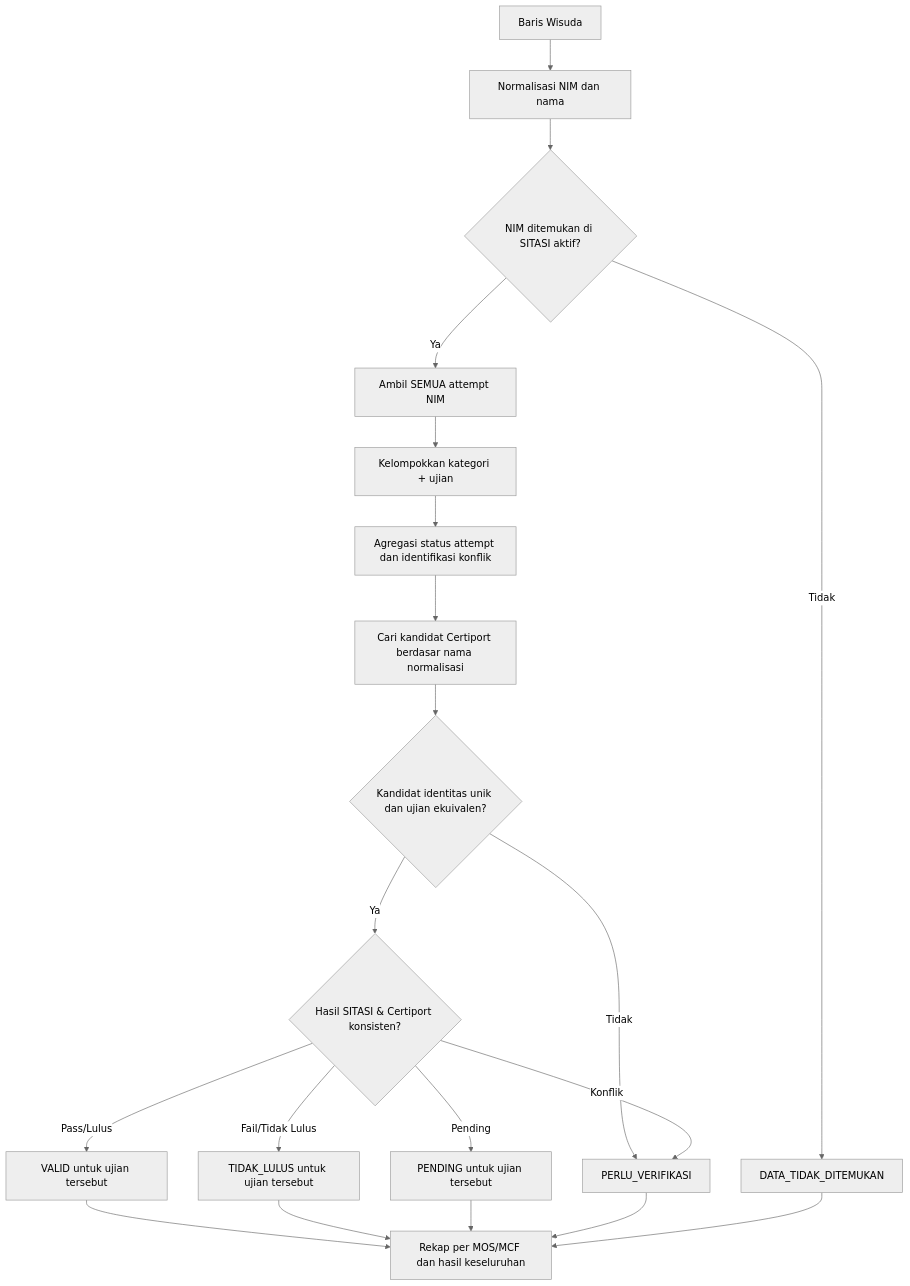
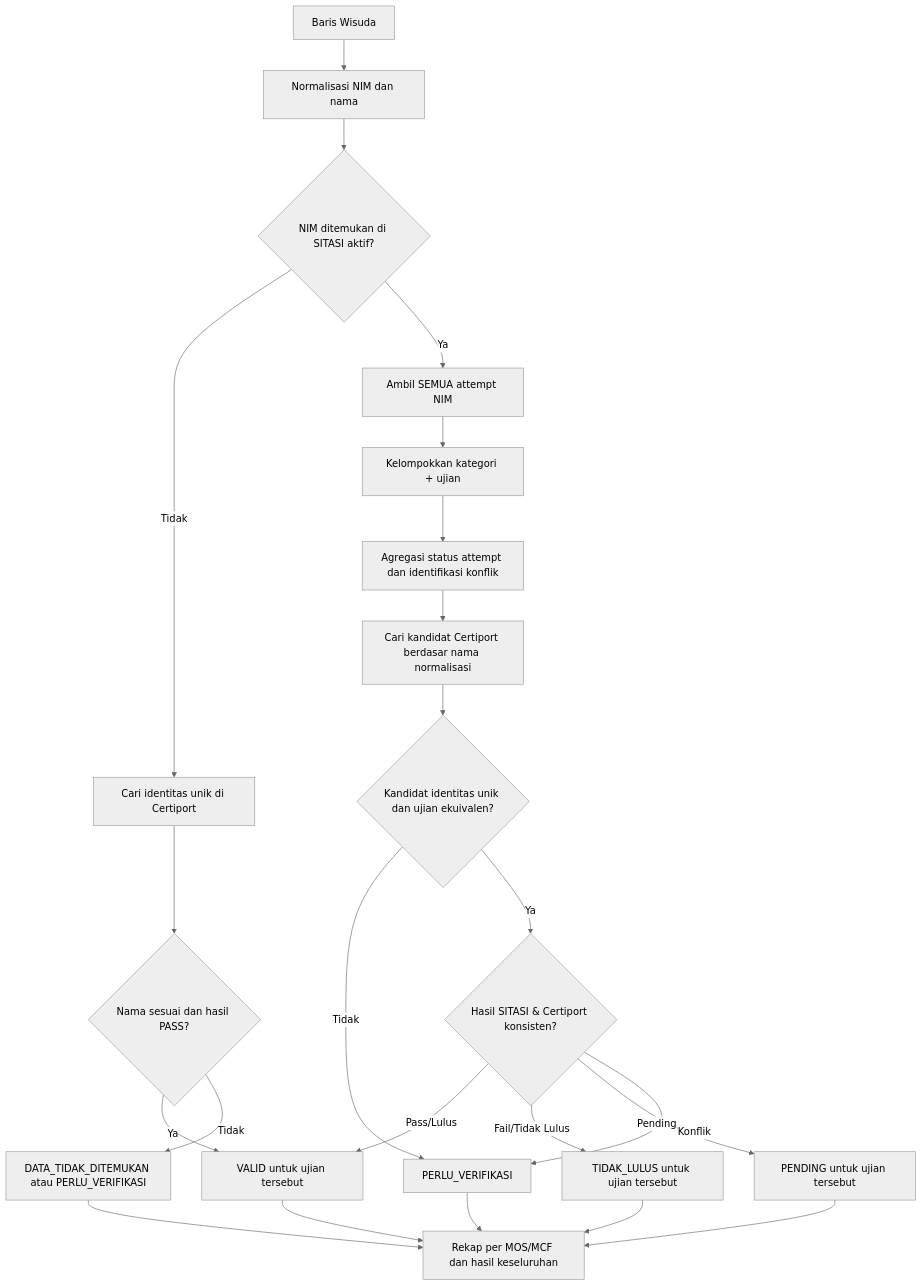
One commit to davidgbrils/wisudasync changed the diagram in docs/06_BUSINESS_RULES.md. Above: the diagram before and after it, drawn with Mermaid (neutral theme). The commit also changed other lines of this file and 520 other files, not shown here.

````diff
--- a/docs/06_BUSINESS_RULES.md
+++ b/docs/06_BUSINESS_RULES.md
@@ -13,22 +13,25 @@
 ```mermaid
 flowchart TD
   A[Baris Wisuda] --> B[Normalisasi NIM dan nama]
   B --> C{NIM ditemukan di SITASI aktif?}
-  C -- Tidak --> NF[DATA_TIDAK_DITEMUKAN]
+  C -- Tidak --> X[Cari identitas unik di Certiport]
+  X --> Y{Nama sesuai dan hasil PASS?}
+  Y -- Ya --> V
+  Y -- Tidak --> NF[DATA_TIDAK_DITEMUKAN atau PERLU_VERIFIKASI]
   C -- Ya --> D[Ambil SEMUA attempt NIM]
   D --> E[Kelompokkan kategori + ujian]
   E --> F[Agregasi status attempt dan identifikasi konflik]
   F --> G[Cari kandidat Certiport berdasar nama normalisasi]
   G --> H{Kandidat identitas unik dan ujian ekuivalen?}
   H -- Tidak --> R[PERLU_VERIFIKASI]
   H -- Ya --> I{Hasil SITASI & Certiport konsisten?}
   I -- Pass/Lulus --> V[VALID untuk ujian tersebut]
   I -- Fail/Tidak Lulus --> T[TIDAK_LULUS untuk ujian tersebut]
   I -- Pending --> P[PENDING untuk ujian tersebut]
   I -- Konflik --> R
   V --> Z[Rekap per MOS/MCF dan hasil keseluruhan]
   T --> Z
   P --> Z
   R --> Z
   NF --> Z
 ```
````
